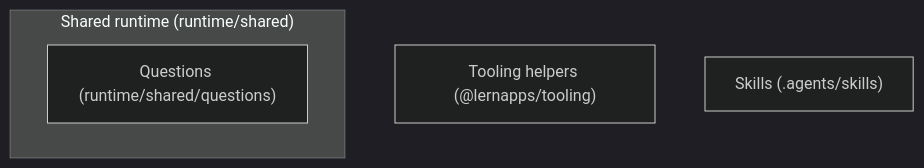
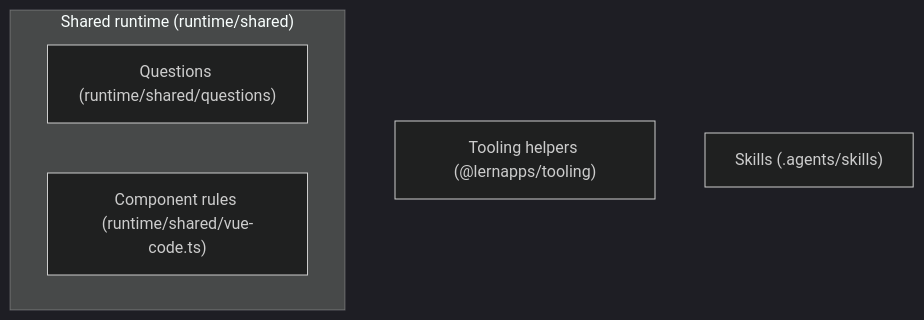
The diagram in docs/arc42/05-building-blocks.arc42.md (lernapps/app-templates), drawn with Mermaid (dark theme) before and after one commit. The commit also changed other lines of this file and 31 other files, not shown here.

````diff
--- a/docs/arc42/05-building-blocks.arc42.md
+++ b/docs/arc42/05-building-blocks.arc42.md
@@ -27,8 +27,9 @@
 ```mermaid
 flowchart TB
     subgraph bb-runtime["Shared runtime (runtime/shared)"]
         bb-questions["Questions (runtime/shared/questions)"]
+    bb-component-rules["Component rules (runtime/shared/vue-code.ts)"]
     end
     bb-tooling["Tooling helpers (@lernapps/tooling)"]
     bb-skills["Skills (.agents/skills)"]
 ```
````
